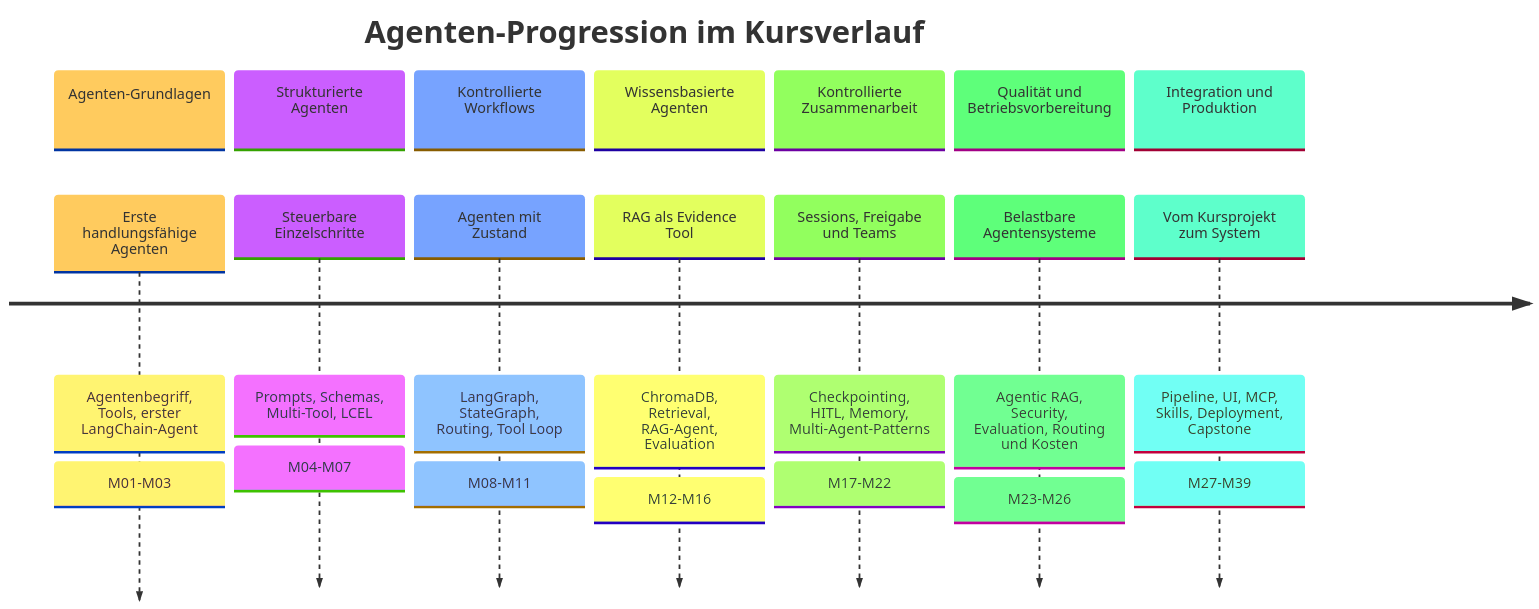
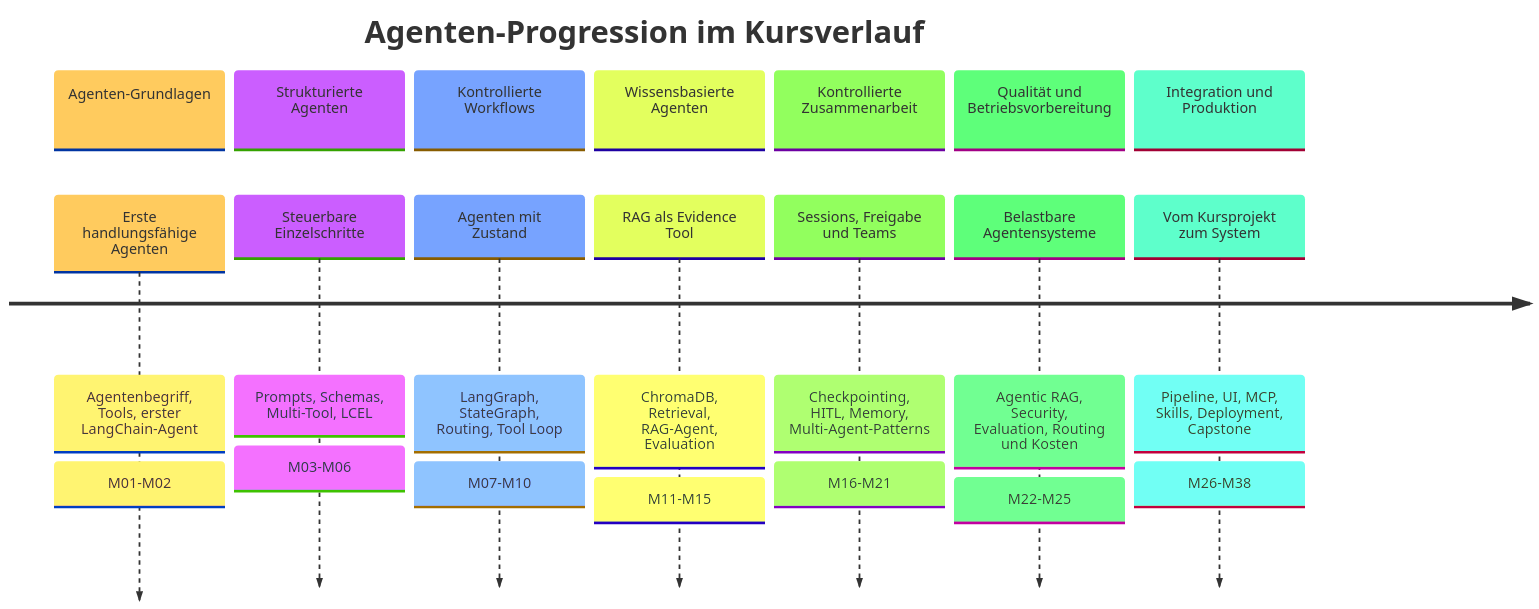
One commit to ralf-42/Agenten changed the diagram in docs/02-orientierung-entscheidung/kursueberblick.md. Above: the diagram before and after it, drawn with Mermaid. The commit also changed other lines of this file and 167 other files, not shown here.

````diff
--- a/docs/02-orientierung-entscheidung/kursueberblick.md
+++ b/docs/02-orientierung-entscheidung/kursueberblick.md
@@ -73,36 +73,36 @@
 ```mermaid
 %%{init: {
   'theme': 'base',
   'themeVariables': {
     'timelineLineColor': '#2e7d32',
     'sectionBkgColor': '#c8e6c9',
     'sectionTextColor': '#1b5e20',
     'containerBkgColor': '#f9f9f9',
     'taskBkgColor': '#e8f5e9',
     'taskTextColor': '#1b5e20'
   }
 }}%%
 timeline
     title Agenten-Progression im Kursverlauf
     section Agenten-Grundlagen
         Erste handlungsfähige Agenten : Agentenbegriff, Tools, erster LangChain-Agent
-                                     : M01-M03
+                                     : M01-M02
     section Strukturierte Agenten
         Steuerbare Einzelschritte     : Prompts, Schemas, Multi-Tool, LCEL
-                                     : M04-M07
+                                     : M03-M06
     section Kontrollierte Workflows
         Agenten mit Zustand           : LangGraph, StateGraph, Routing, Tool Loop
-                                     : M08-M11
+                                     : M07-M10
     section Wissensbasierte Agenten
         RAG als Evidence Tool         : ChromaDB, Retrieval, RAG-Agent, Evaluation
-                                     : M12-M16
+                                     : M11-M15
     section Kontrollierte Zusammenarbeit
         Sessions, Freigabe und Teams  : Checkpointing, HITL, Memory, Multi-Agent-Patterns
-                                     : M17-M22
+                                     : M16-M21
     section Qualität und Betriebsvorbereitung
         Belastbare Agentensysteme     : Agentic RAG, Security, Evaluation, Routing und Kosten
-                                     : M23-M26
+                                     : M22-M25
     section Integration und Produktion
         Vom Kursprojekt zum System    : Pipeline, UI, MCP, Skills, Deployment, Capstone
-                                     : M27-M39
+                                     : M26-M38
 ```
````
